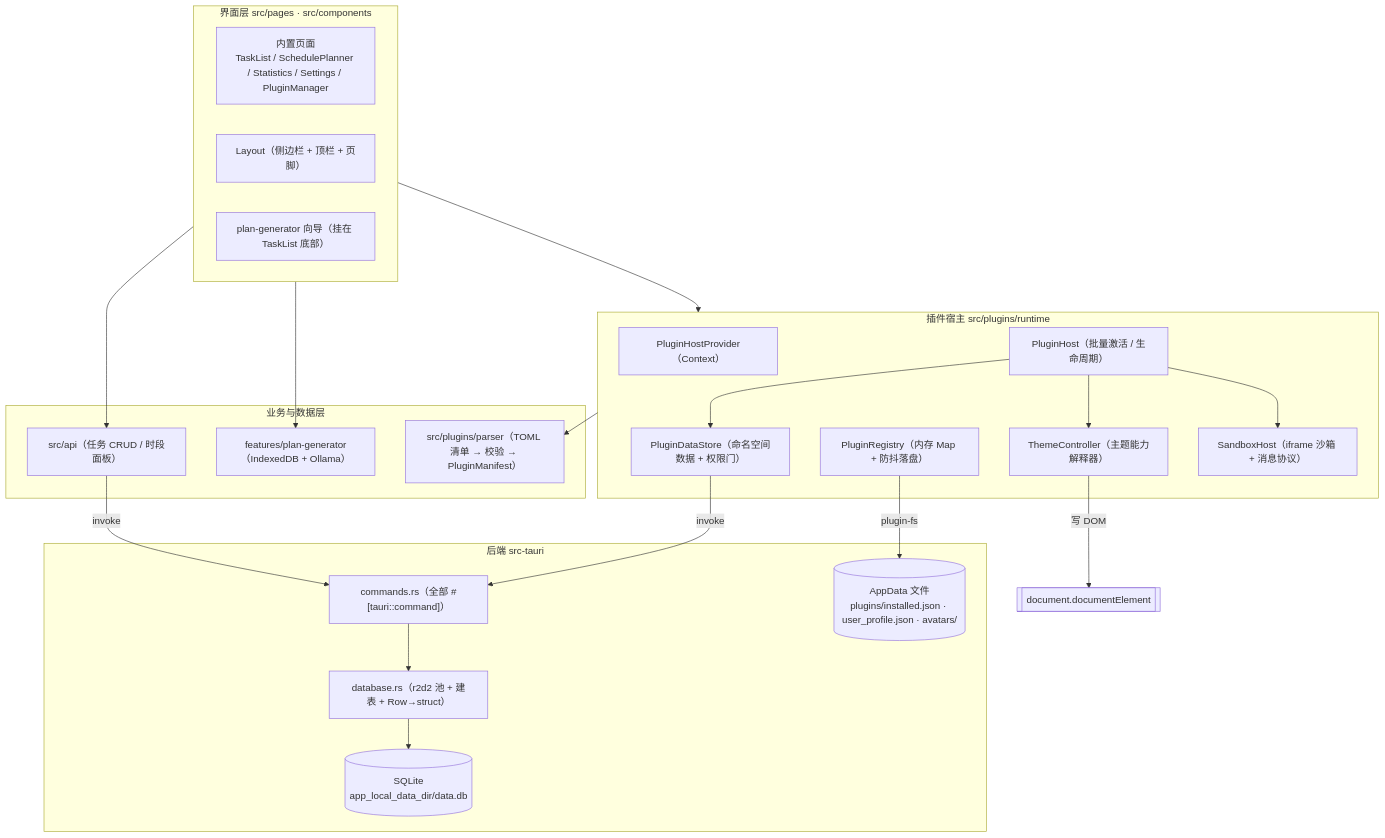
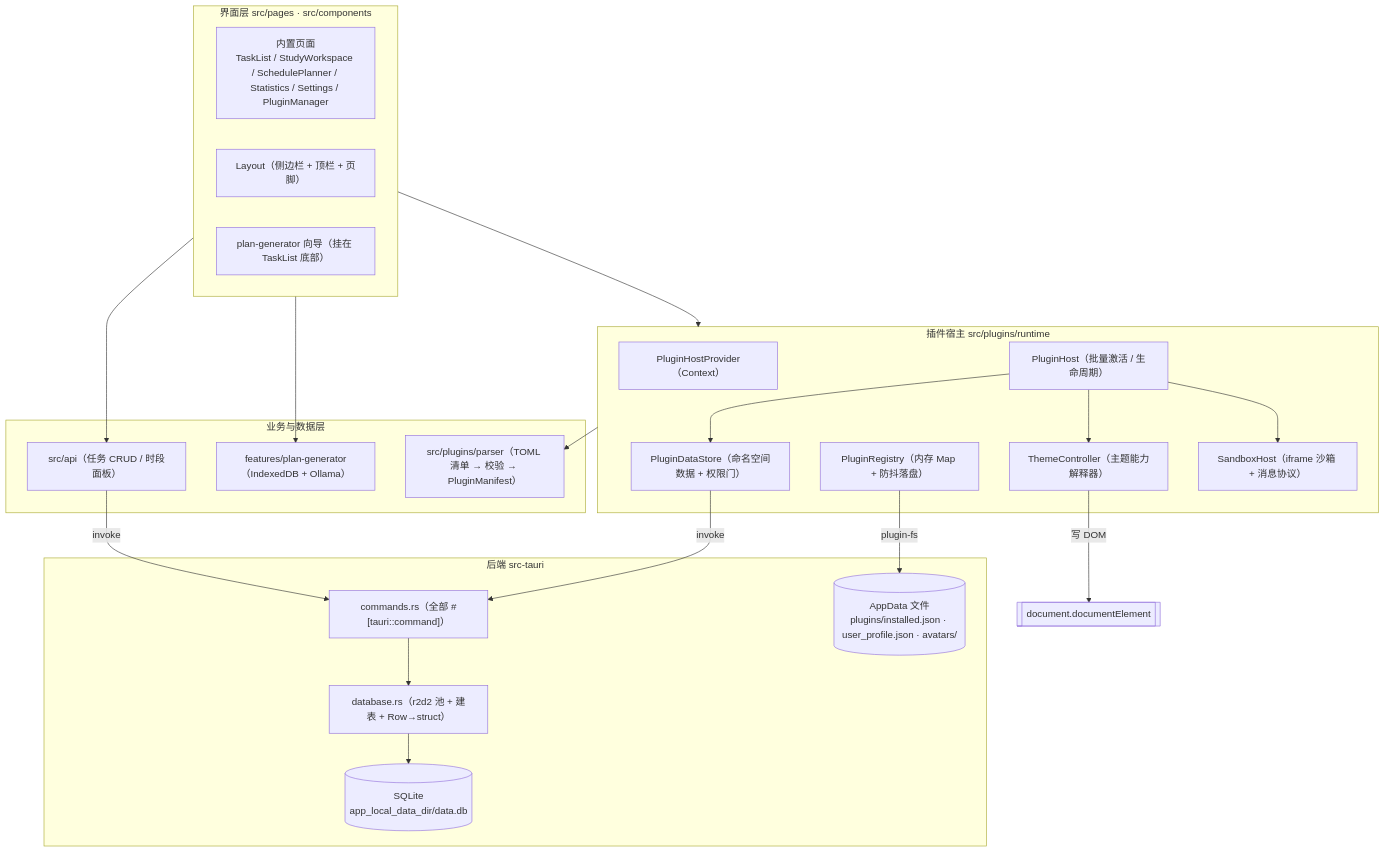
The diagram in docs/ARCHITECTURE.md (yuyuyuyutt/mood-task-app), drawn with Mermaid before and after one commit. The commit also changed other lines of this file and 143 other files, not shown here.

````diff
--- a/docs/ARCHITECTURE.md
+++ b/docs/ARCHITECTURE.md
@@ -7,43 +7,43 @@
 ```mermaid
 flowchart TB
   subgraph UI["界面层 src/pages · src/components"]
-    P["内置页面<br/>TaskList / SchedulePlanner / Statistics / Settings / PluginManager"]
+    P["内置页面<br/>TaskList / StudyWorkspace / SchedulePlanner / Statistics / Settings / PluginManager"]
     L["Layout（侧边栏 + 顶栏 + 页脚）"]
     W["plan-generator 向导（挂在 TaskList 底部）"]
   end
 
   subgraph HOST["插件宿主 src/plugins/runtime"]
     PR["PluginHostProvider（Context）"]
     PH["PluginHost（批量激活 / 生命周期）"]
     REG["PluginRegistry（内存 Map + 防抖落盘）"]
     TH["ThemeController（主题能力解释器）"]
     DS["PluginDataStore（命名空间数据 + 权限门）"]
     SB["SandboxHost（iframe 沙箱 + 消息协议）"]
   end
 
   subgraph DOMAIN["业务与数据层"]
     API["src/api（任务 CRUD / 时段面板）"]
     FEAT["features/plan-generator（IndexedDB + Ollama）"]
     PARSER["src/plugins/parser（TOML 清单 → 校验 → PluginManifest）"]
   end
 
   subgraph BE["后端 src-tauri"]
     CMD["commands.rs（全部 #[tauri::command]）"]
     DB["database.rs（r2d2 池 + 建表 + Row→struct）"]
     SQL[("SQLite<br/>app_local_data_dir/data.db")]
     FS[("AppData 文件<br/>plugins/installed.json · user_profile.json · avatars/")]
   end
 
   UI --> HOST
   UI --> API
   UI --> FEAT
   HOST --> PARSER
   PH --> TH
   PH --> DS
   PH --> SB
   TH -->|写 DOM| DOC[["document.documentElement"]]
   API -->|invoke| CMD
   DS -->|invoke| CMD
   REG -->|plugin-fs| FS
   CMD --> DB --> SQL
 ```
````
